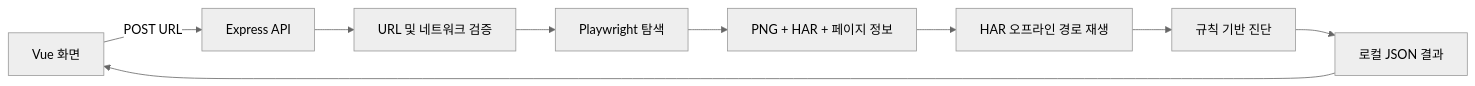
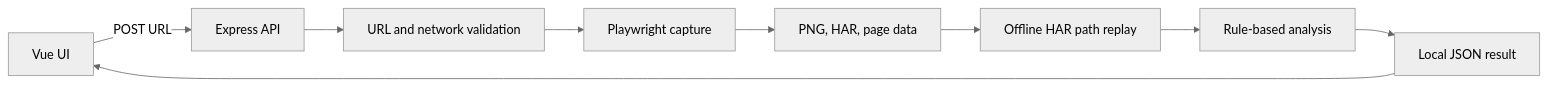
The diagram in README.md (yc9954/MarketClaw), drawn with Mermaid (neutral theme) before and after one commit. The commit also changed other lines of this file, not shown here.

````diff
--- a/README.md
+++ b/README.md
@@ -105,11 +105,11 @@
-```mermaid
+~~~mermaid
 flowchart LR
-  A[Vue 화면] -->|POST URL| B[Express API]
-  B --> C[URL 및 네트워크 검증]
-  C --> D[Playwright 탐색]
-  D --> E[PNG + HAR + 페이지 정보]
-  E --> F[HAR 오프라인 경로 재생]
-  F --> G[규칙 기반 진단]
-  G --> H[로컬 JSON 결과]
+  A[Vue UI] -->|POST URL| B[Express API]
+  B --> C[URL and network validation]
+  C --> D[Playwright capture]
+  D --> E[PNG, HAR, page data]
+  E --> F[Offline HAR path replay]
+  F --> G[Rule-based analysis]
+  G --> H[Local JSON result]
   H --> A
-```
+~~~
````
